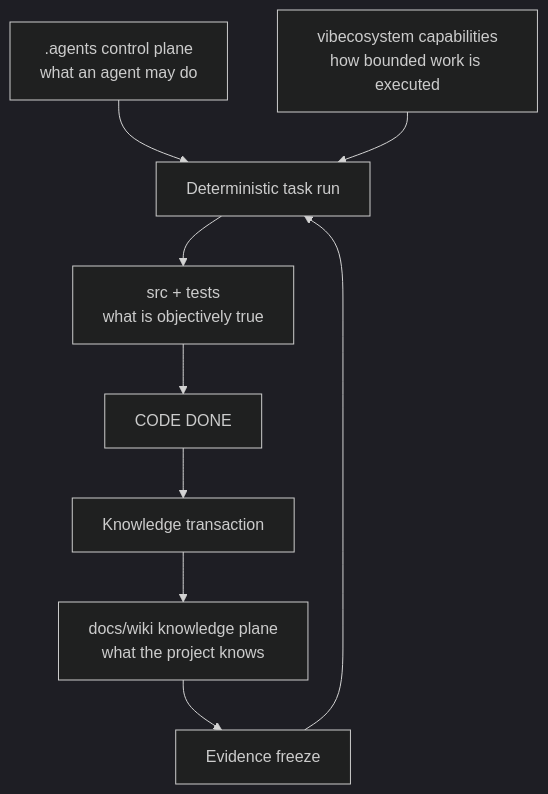
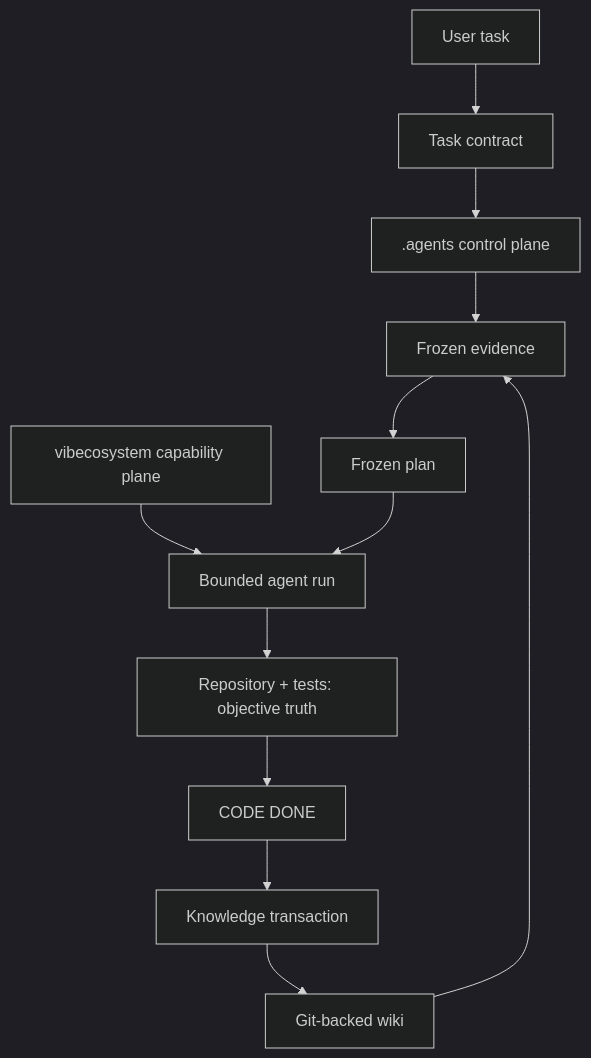
Before and after one commit to furkansarikaya/deterministic-agent-workflow-example: the diagram in README.md, drawn with Mermaid (dark theme). The commit also changed other lines of this file and 46 other files, not shown here.

Commit message:
feat: add enforceable deterministic control plane

````diff
--- a/README.md
+++ b/README.md
@@ -5,9 +5,11 @@
 ```mermaid
-flowchart TB
-  A[.agents control plane<br/>what an agent may do] --> B[Deterministic task run]
-  C[vibecosystem capabilities<br/>how bounded work is executed] --> B
-  D[docs/wiki knowledge plane<br/>what the project knows] --> E[Evidence freeze]
-  E --> B --> F[src + tests<br/>what is objectively true]
-  F --> G[CODE DONE] --> H[Knowledge transaction]
-  H --> D
+flowchart TD
+  U[User task] --> T[Task contract]
+  T --> C[.agents control plane]
+  V[vibecosystem capability plane] --> R[Bounded agent run]
+  W[Git-backed wiki] --> E[Frozen evidence]
+  C --> E --> P[Frozen plan] --> R
+  R --> O[Repository + tests: objective truth]
+  O --> D[CODE DONE] --> K[Knowledge transaction]
+  K --> W
 ```
````
